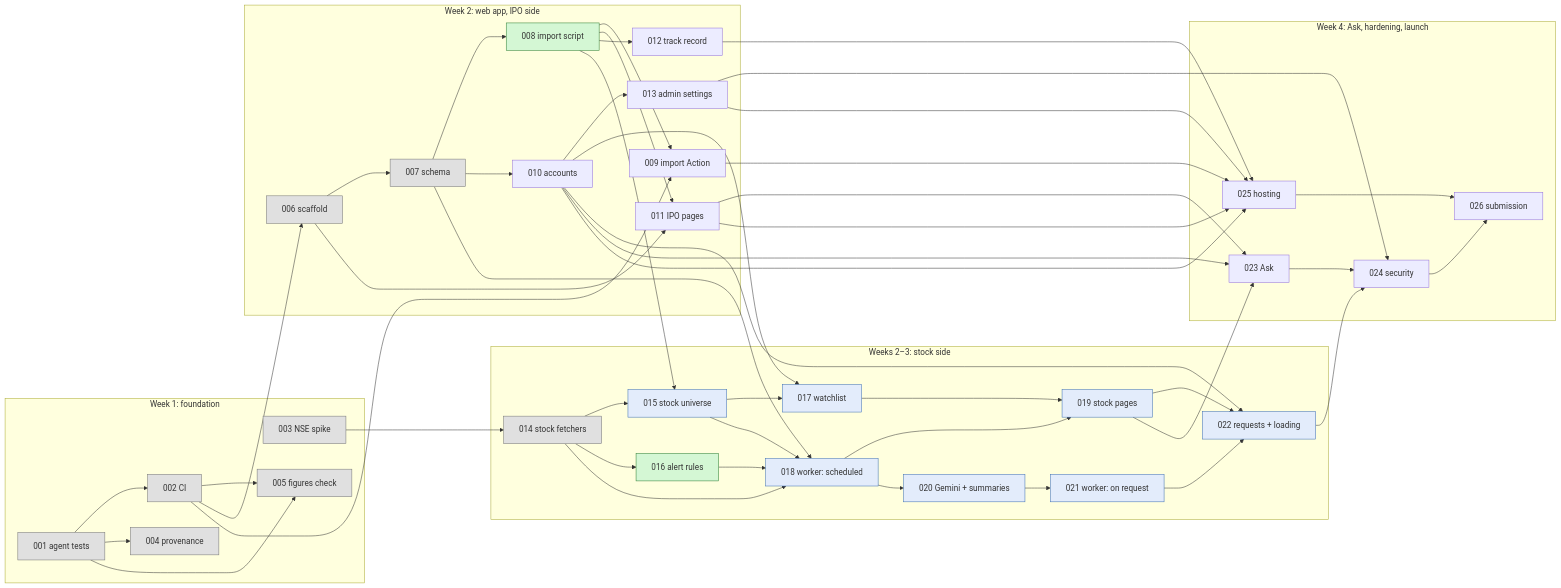
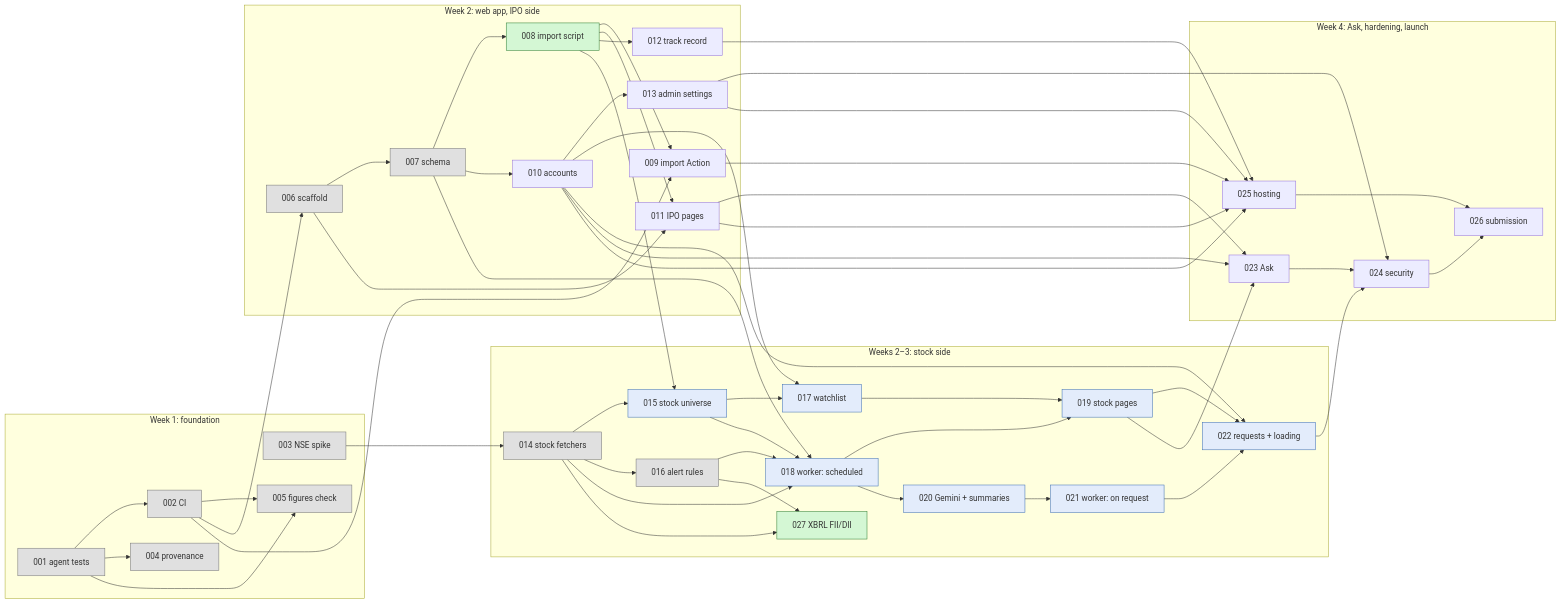
Before and after one commit to badjatya/IPO: the diagram in docs/tasks/ROADMAP.md, drawn with Mermaid. The commit also changed other lines of this file and 2 other files, not shown here.

Commit message:
Roadmap: 016 done, D10 decided (ADR-0029 Proposed), task 027 added and Ready; 018 and 020 notes from 016; journal entry for 016

````diff
--- a/docs/tasks/ROADMAP.md
+++ b/docs/tasks/ROADMAP.md
@@ -83,61 +84,63 @@
 ```mermaid
 flowchart LR
     classDef ready fill:#d4f7d4,stroke:#2e7d32
     classDef m2 fill:#e3ecfb,stroke:#3b6db3
     classDef done fill:#e0e0e0,stroke:#757575
 
     subgraph wk1 ["Week 1: foundation"]
         T001[001 agent tests]:::done
         T002[002 CI]:::done
         T003[003 NSE spike]:::done
         T004[004 provenance]:::done
         T005[005 figures check]:::done
     end
     subgraph wk2 ["Week 2: web app, IPO side"]
         T006[006 scaffold]:::done
         T007[007 schema]:::done
         T008[008 import script]:::ready
         T009[009 import Action]
         T010[010 accounts]
         T011[011 IPO pages]
         T012[012 track record]
         T013[013 admin settings]
     end
     subgraph stocks ["Weeks 2–3: stock side"]
         T014[014 stock fetchers]:::done
         T015[015 stock universe]:::m2
-        T016[016 alert rules]:::ready
+        T016[016 alert rules]:::done
         T017[017 watchlist]:::m2
         T018[018 worker: scheduled]:::m2
         T019[019 stock pages]:::m2
         T020[020 Gemini + summaries]:::m2
         T021[021 worker: on request]:::m2
         T022[022 requests + loading]:::m2
+        T027[027 XBRL FII/DII]:::ready
     end
     subgraph wk4 ["Week 4: Ask, hardening, launch"]
         T023[023 Ask]
         T024[024 security]
         T025[025 hosting]
         T026[026 submission]
     end
 
     T001 --> T002 & T004 & T005
     T002 --> T005 & T006 & T009
     T006 --> T007 & T011
     T007 --> T008 & T010 & T018
     T008 --> T009 & T011 & T012 & T015
     T010 --> T013 & T017 & T022 & T023
     T003 --> T014
     T014 --> T015 & T016 & T018
     T015 --> T017 & T018
-    T016 --> T018
+    T016 --> T018 & T027
+    T014 --> T027
     T017 --> T019
     T018 --> T019 & T020
     T020 --> T021
     T019 --> T022 & T023
     T021 --> T022
     T011 --> T023
     T013 & T022 & T023 --> T024
     T009 & T010 & T011 & T012 & T013 --> T025
     T024 & T025 --> T026
 ```
````
